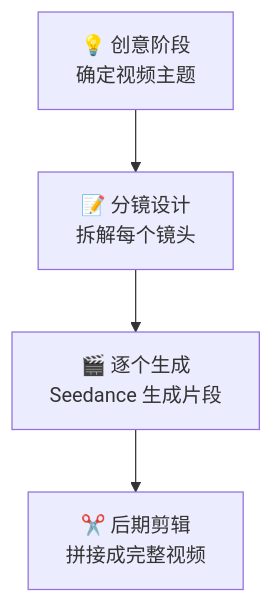
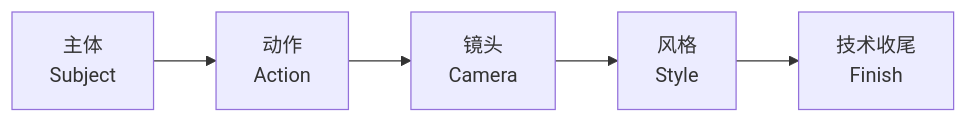
The second of 2 diagrams in content/posts/video/seedance-2-video-production-guide.md (A1pha3/text-matrix), drawn with Mermaid before and after one commit. The commit also changed other lines of this file and 1 other file, not shown here.

First line of the commit message:
feat: Enhance Seedance 2.0 video production guide with detailed workflow, prompt engineering, and troubleshooting tips

````diff
--- a/content/posts/video/seedance-2-video-production-guide.md
+++ b/content/posts/video/seedance-2-video-production-guide.md
@@ -282,6 +123,7 @@
 ```mermaid
-graph TD
-    A["💡 创意阶段<br/>确定视频主题"] --> B["📝 分镜设计<br/>拆解每个镜头"]
-    B --> C["🎬 逐个生成<br/>Seedance 生成片段"]
-    C --> D["✂️ 后期剪辑<br/>拼接成完整视频"]
+graph LR
+    A["主体<br/>Subject"] --> B["动作<br/>Action"]
+    B --> C["镜头<br/>Camera"]
+    C --> D["风格<br/>Style"]
+    D --> E["技术收尾<br/>Finish"]
 ```
````
